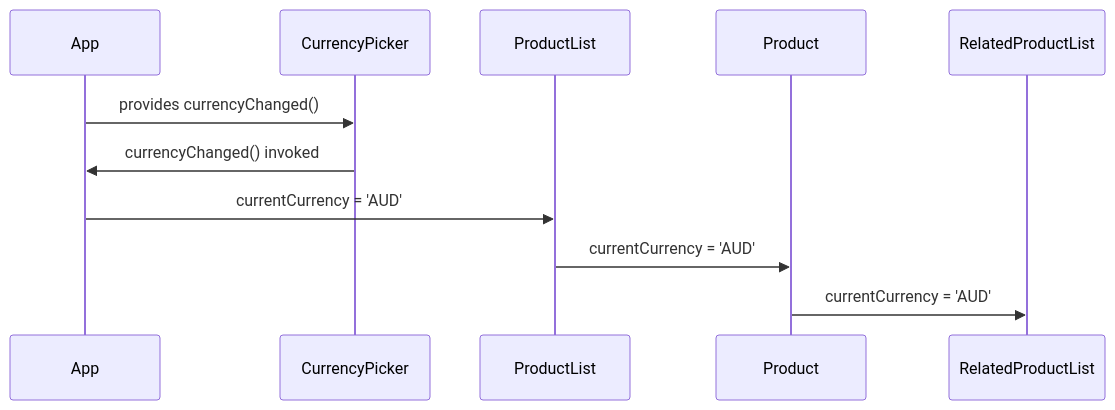
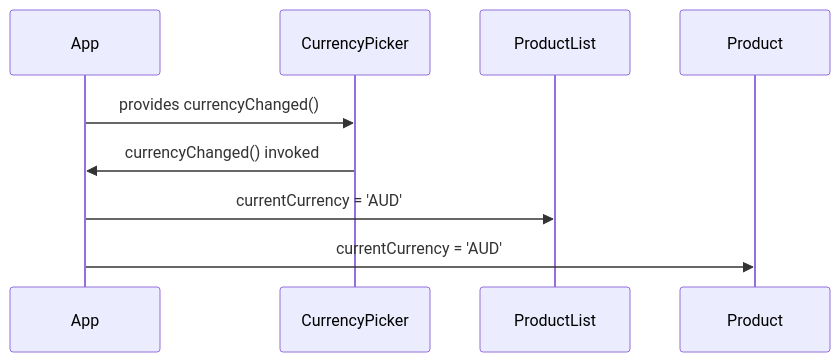
One commit to motendev/ui_coding_challenge changed the second of 2 diagrams in README.md. Above: the diagram before and after it, drawn with Mermaid. The commit also changed other lines of this file, not shown here.

Commit message:
Edited overview to match current state of the application

````diff
--- a/README.md
+++ b/README.md
@@ -49,8 +45,7 @@
 ```mermaid
 	sequenceDiagram
 	App ->> CurrencyPicker: provides currencyChanged()
 	CurrencyPicker->>App: currencyChanged() invoked
 	App ->> ProductList: currentCurrency = 'AUD'
-	ProductList->> Product: currentCurrency = 'AUD'
-	Product->> RelatedProductList: currentCurrency = 'AUD'
+	App ->> Product: currentCurrency = 'AUD'
 ```
````
